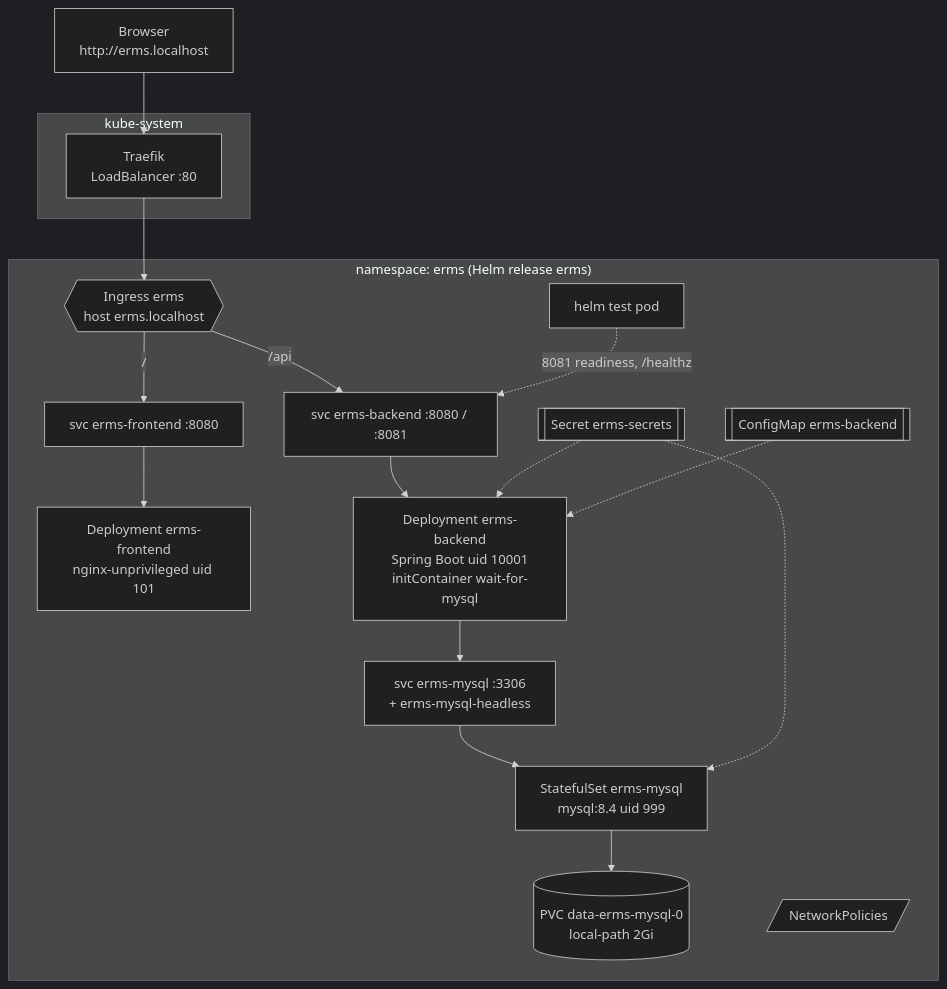
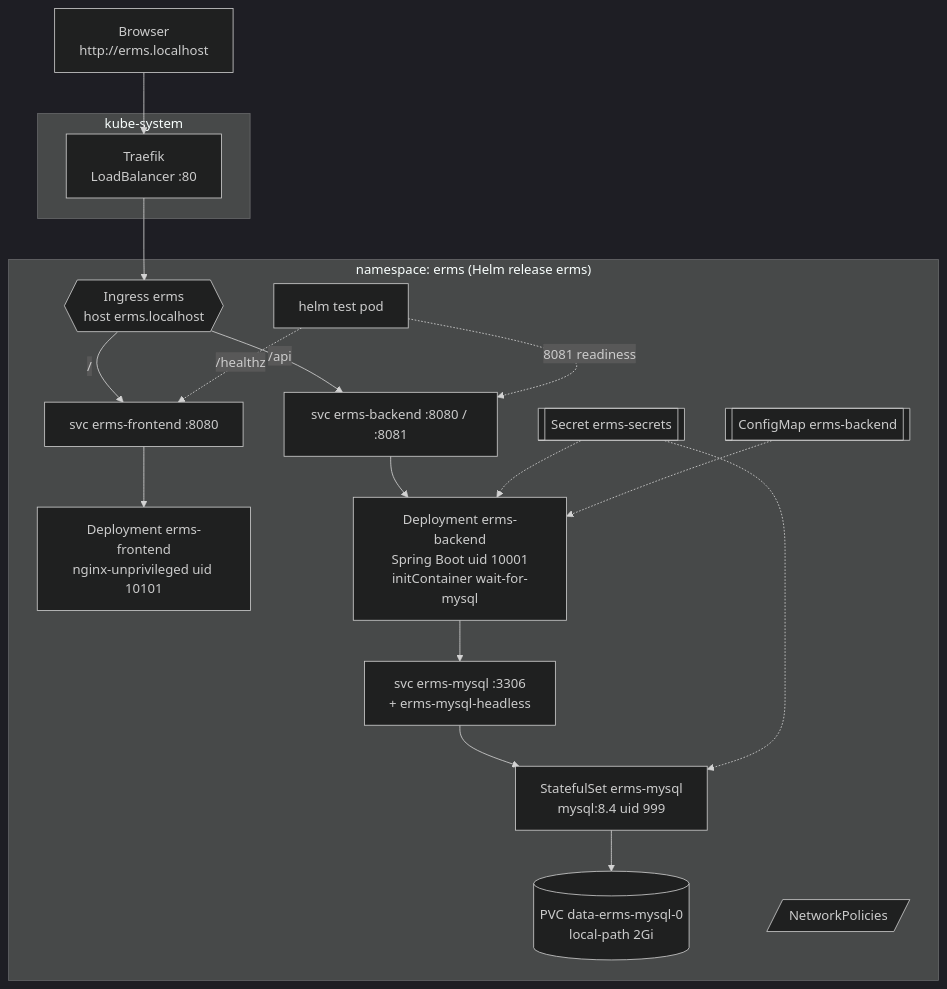
The diagram in docs/DEPLOYMENT.md (manojis/CriticalUtilityResponseService), drawn with Mermaid (dark theme) before and after one commit. The commit also changed other lines of this file and 306 other files, not shown here.

First line of the commit message:
feat: modernize ERMS backend, frontend, deployment and CI/CD (#4)

````diff
--- a/docs/DEPLOYMENT.md
+++ b/docs/DEPLOYMENT.md
@@ -14,29 +16,30 @@
 ```mermaid
 flowchart TB
     U["Browser<br/>http://erms.localhost"] --> T
     subgraph kube-system
         T[Traefik<br/>LoadBalancer :80]
     end
     subgraph erms["namespace: erms (Helm release erms)"]
         I{{Ingress erms<br/>host erms.localhost}}
         FS[svc erms-frontend :8080]
         BS[svc erms-backend :8080 / :8081]
         MS[svc erms-mysql :3306<br/>+ erms-mysql-headless]
-        FD[Deployment erms-frontend<br/>nginx-unprivileged uid 101]
+        FD[Deployment erms-frontend<br/>nginx-unprivileged uid 10101]
         BD[Deployment erms-backend<br/>Spring Boot uid 10001<br/>initContainer wait-for-mysql]
         SS[StatefulSet erms-mysql<br/>mysql:8.4 uid 999]
         PVC[(PVC data-erms-mysql-0<br/>local-path 2Gi)]
         SEC[[Secret erms-secrets]]
         CM[[ConfigMap erms-backend]]
         NP[/NetworkPolicies/]
         HT[helm test pod]
     end
     T --> I
     I -- "/" --> FS --> FD
     I -- "/api" --> BS --> BD
     BD --> MS --> SS --> PVC
     SEC -.-> BD
     SEC -.-> SS
     CM -.-> BD
-    HT -. "8081 readiness, /healthz" .-> BS
+    HT -. "8081 readiness" .-> BS
+    HT -. "/healthz" .-> FS
 ```
````
